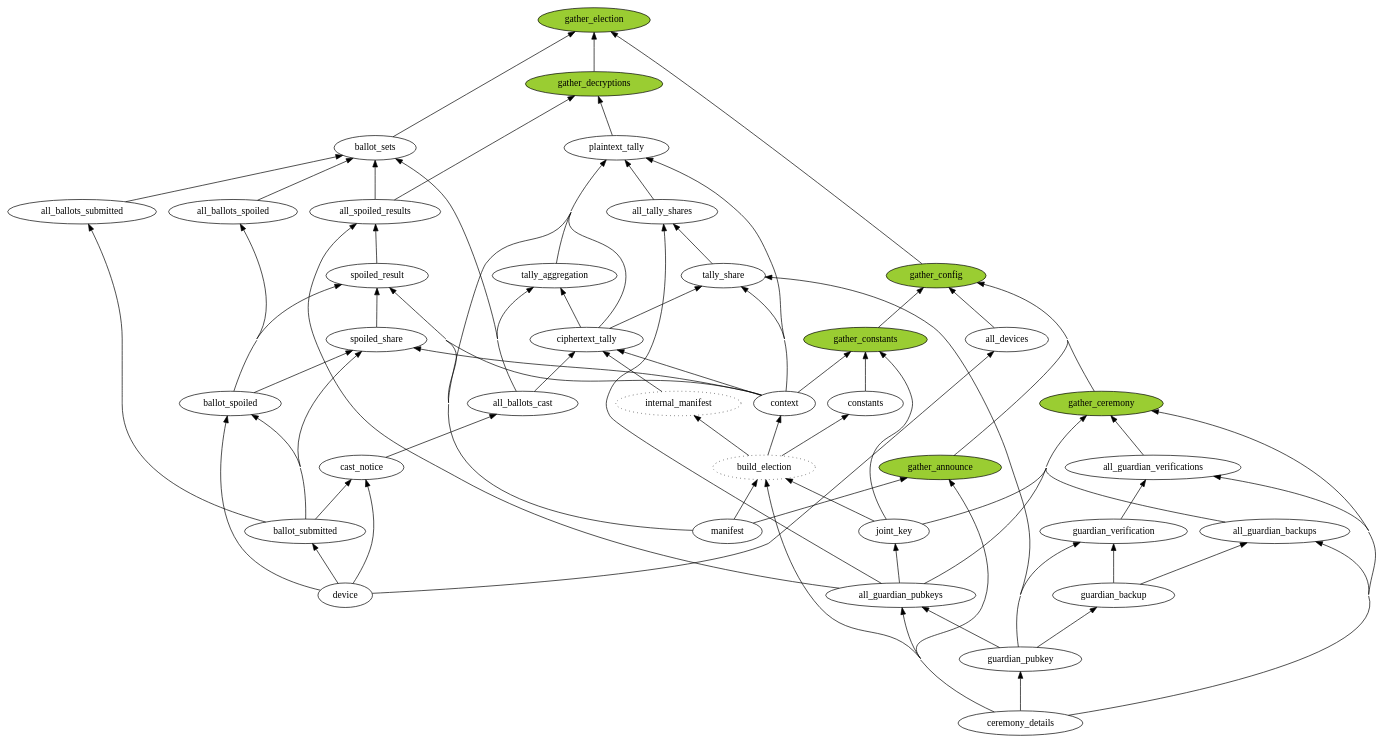
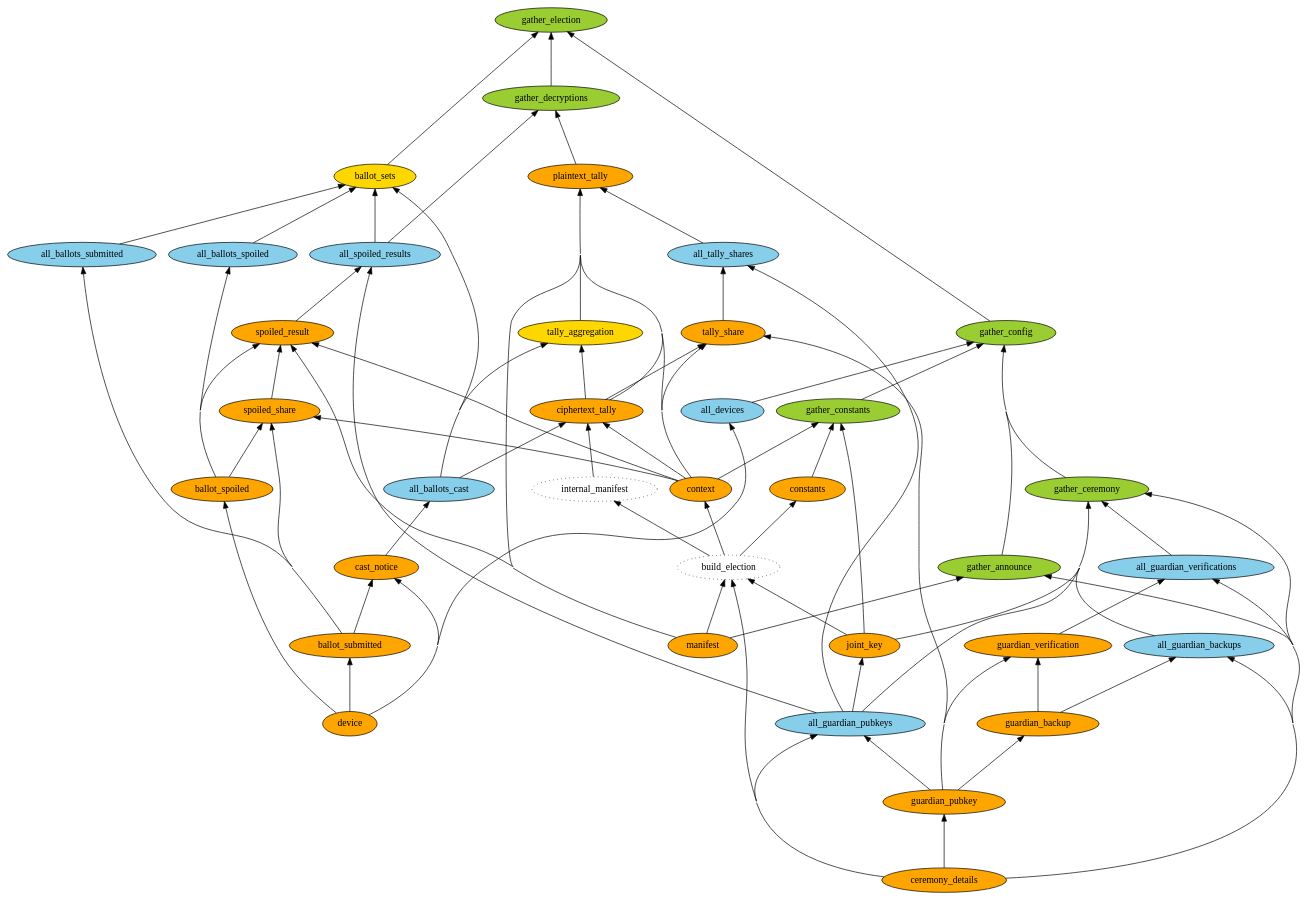
One commit to jefdaj/electionguard-cardano changed the diagram in milestone1/verifier/scripts/verifier_deps.dot. Above: the diagram before and after it, drawn with Graphviz. The commit also changed 2 other files, not shown here.

```diff
--- a/milestone1/verifier/scripts/verifier_deps.dot
+++ b/milestone1/verifier/scripts/verifier_deps.dot
@@ -1,86 +1,98 @@
 digraph verifier_deps {
   concentrate=true
   rankdir=BT
-  ranksep=0.8
+  ranksep=1.1
 
-  # nodes from PUBLIC_RECORDS keys
+  // public records
+  node [style=filled, fillcolor=orange]
   manifest
   ceremony_details
   guardian_pubkey
-  guardian_backup # TODO remove? not sure whether these are considered public
+  guardian_backup // TODO remove? not sure whether these are considered public
   guardian_verification
   joint_key
   constants
   context
   device
   ballot_submitted
   cast_notice
   ballot_spoiled
   ciphertext_tally
   tally_share
   spoiled_share
   plaintext_tally
   spoiled_result
 
-  # "all" versions of things that are actually sets
+
+  // sets of public records
+  node [style=filled, fillcolor=skyblue]
+
+  all_devices
+  all_guardian_backups
+  all_guardian_verifications
+
+  // "all" versions of things that are actually sets
   {ceremony_details,guardian_pubkey} -> all_guardian_pubkeys
   ballot_submitted -> all_ballots_submitted
   ballot_spoiled -> all_ballots_spoiled
   ballot_submitted -> cast_notice -> all_ballots_cast
 
-  ballot_submitted -> {spoiled_share,ballot_spoiled} -> spoiled_result
   guardian_pubkey -> tally_share
 
-  # TODO are these needed for anything?
-  # {all_guardian_pubkeys, spoiled_share} -> all_spoiled_shares
+  // TODO are these needed for anything?
+  // {all_guardian_pubkeys, spoiled_share} -> all_spoiled_shares
 
   {all_guardian_pubkeys, spoiled_result} -> all_spoiled_results
   {all_guardian_pubkeys, tally_share} -> all_tally_shares
 
-  # misc other nodes added manually
-  build_election [style=dotted]    # not really a dep, but makes it cleaner # TODO remove?
-  internal_manifest [style=dotted] # not serializable; have to build_election each time
+  // nodes added for specific verifications
+  node [style=filled, fillcolor=gold]
+  tally_aggregation
+  ballot_sets
 
-  # dependenencies from guardian.py
+  // misc other nodes added manually
+  build_election [style=dotted]    // not really a dep, but makes it cleaner // TODO remove?
+  internal_manifest [style=dotted] // not serializable; have to build_election each time
+
+  // dependenencies from guardian.py
   ceremony_details -> guardian_pubkey -> guardian_backup
 
-  # TODO these should depend on the guardian pubkeys, not just the ceremony details,
-  #      because they should be checking that those guardians signed them
+  // TODO these should depend on the guardian pubkeys, not just the ceremony details,
+  //      because they should be checking that those guardians signed them
   {ceremony_details,guardian_backup} -> all_guardian_backups
   {ceremony_details,guardian_verification} -> all_guardian_verifications
 
-  {guardian_pubkey,guardian_backup} -> guardian_verification # TODO remove? it really depends on the *cardano* wallet key right?
+  {guardian_pubkey,guardian_backup} -> guardian_verification // TODO remove? it really depends on the *cardano* wallet key right?
   all_guardian_pubkeys -> joint_key
   {ciphertext_tally,context} -> tally_share
   {context,ballot_submitted,ballot_spoiled} -> spoiled_share
   {ciphertext_tally,all_ballots_cast} -> tally_aggregation -> plaintext_tally
   
 
-  # dependencies from device.py
+  // dependencies from device.py
   device -> {ballot_submitted,ballot_spoiled,cast_notice}
   device -> all_devices
 
-  # dependenencies from admin.py
+  // dependenencies from admin.py
   {manifest,ceremony_details,joint_key} -> build_election -> {constants,internal_manifest,context}
   {internal_manifest,context,all_ballots_cast} -> ciphertext_tally
   {manifest,context,all_tally_shares,ciphertext_tally} -> plaintext_tally
   {manifest,context,spoiled_share,ballot_spoiled} -> spoiled_result
 
-  # overall election cerfification/verification
-  # TODO is this how people will see it? or will they only require the plaintext_tally?
-  # (either way, this is the way to get the code working first)
+  // overall election cerfification/verification
+  // TODO is this how people will see it? or will they only require the plaintext_tally?
+  // (either way, this is the way to get the code working first)
 
-  # backbone of "phony" nodes (in the Makefile sense) to make verification
-  # proceed in a nice linear way. this way we can have our dependency graph but
-  # still show human-readable output. note that the summary/verification step
-  # is missing because it's done at the end
-  ballot_sets
+  // backbone of "phony" nodes (in the Makefile sense) to make verification
+  // proceed in a nice linear way. this way we can have our dependency graph but
+  // still show human-readable output. note that the summary/verification step
+  // is missing because it's done at the end
   node [style=filled, fillcolor=yellowgreen]
   {gather_config,ballot_sets,gather_decryptions} -> gather_election
   {plaintext_tally,all_spoiled_results} -> gather_decryptions
   {all_ballots_submitted,all_ballots_spoiled,all_ballots_cast,all_spoiled_results} -> ballot_sets
   {gather_announce,gather_ceremony,gather_constants,all_devices} -> gather_config
   {manifest,ceremony_details} -> gather_announce
   {ceremony_details,all_guardian_pubkeys,all_guardian_backups,all_guardian_verifications,joint_key} -> gather_ceremony
   {joint_key,context,constants} -> gather_constants
 }
```
